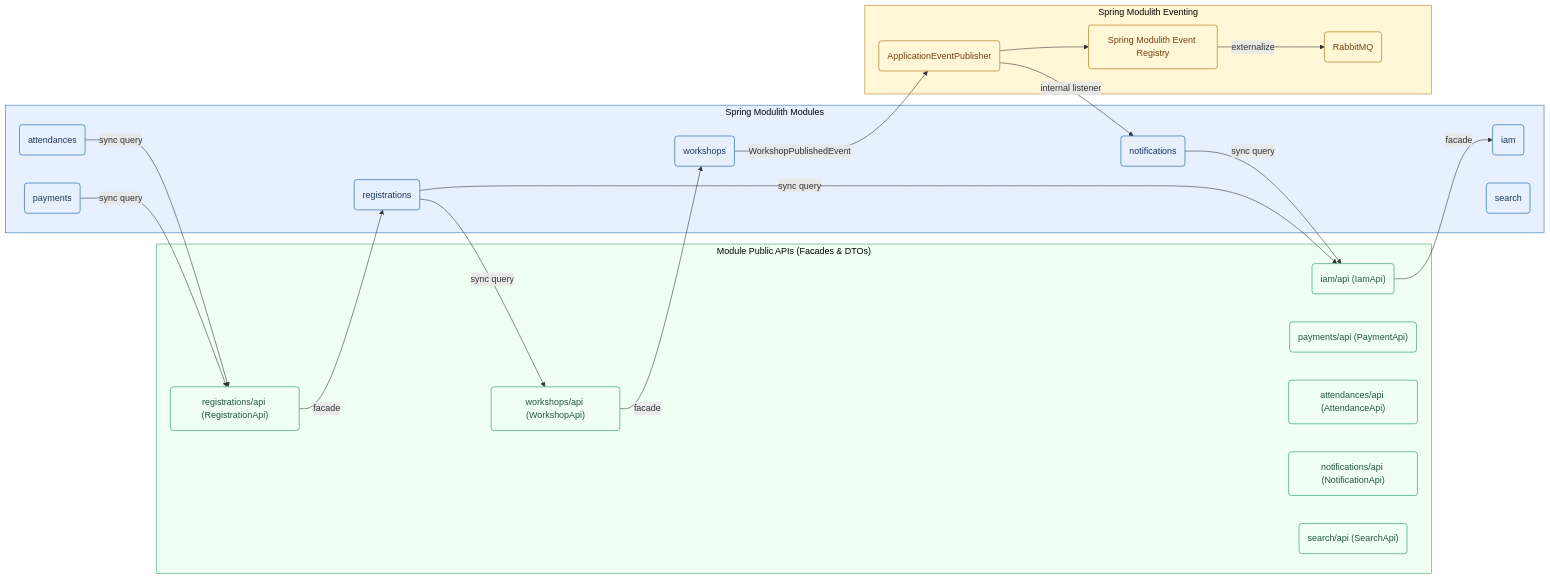
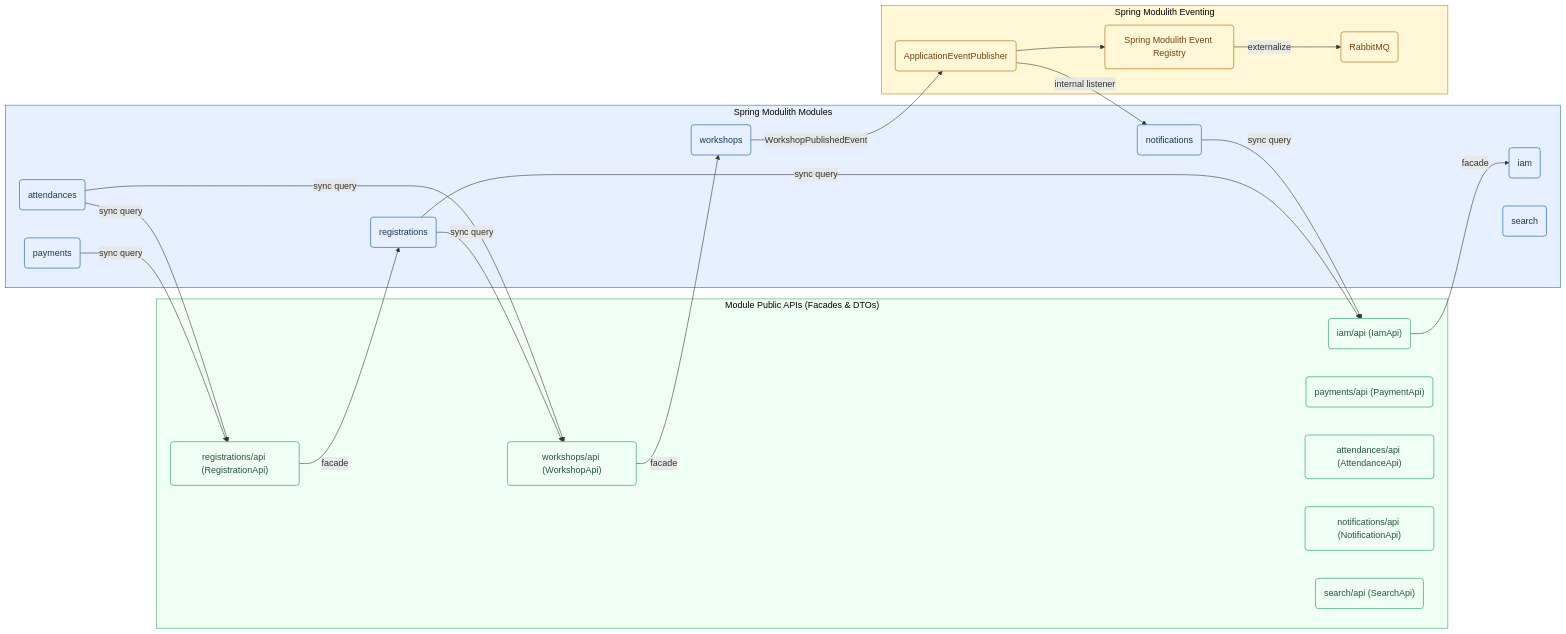
Before and after one commit to phatnguyen975/unihub-workshop: the second of 5 diagrams in docs/project-structure.md, drawn with Mermaid. The commit also changed other lines of this file and 15 other files, not shown here.

````diff
--- a/docs/project-structure.md
+++ b/docs/project-structure.md
@@ -252,51 +252,52 @@
 ```mermaid
 flowchart LR
   subgraph Modules["Spring Modulith Modules"]
     IAM("iam")
     Workshops("workshops")
     Registrations("registrations")
     Payments("payments")
     Attendances("attendances")
     Notifications("notifications")
     Search("search")
   end
   subgraph ModuleApis["Module Public APIs (Facades & DTOs)"]
     IAM_API("iam/api (IamApi)")
     WS_API("workshops/api (WorkshopApi)")
     REG_API("registrations/api (RegistrationApi)")
     PAY_API("payments/api (PaymentApi)")
     ATT_API("attendances/api (AttendanceApi)")
     NOT_API("notifications/api (NotificationApi)")
     SR_API("search/api (SearchApi)")
   end
   subgraph Eventing["Spring Modulith Eventing"]
     Publisher("ApplicationEventPublisher")
     Registry("Spring Modulith Event Registry")
     Broker("RabbitMQ")
   end
 
   Registrations -- sync query --> WS_API
   WS_API -- facade --> Workshops
   Registrations -- sync query --> IAM_API
   Payments -- sync query --> REG_API
   REG_API -- facade --> Registrations
   Attendances -- sync query --> REG_API
+  Attendances -- sync query --> WS_API
   Notifications -- sync query --> IAM_API
   IAM_API -- facade --> IAM
   Workshops -- WorkshopPublishedEvent --> Publisher
   Publisher -- internal listener --> Notifications
   Publisher --> Registry
   Registry -- externalize --> Broker
 
   classDef module fill:#e6f0ff,stroke:#2b6cb0,stroke-width:1.2px,color:#1a365d
   classDef apiSurface fill:#f0fff4,stroke:#38a169,stroke-width:1.2px,color:#22543d
   classDef eventing fill:#fff7d6,stroke:#b7791f,stroke-width:1.2px,color:#744210
 
   class IAM,Workshops,Registrations,Payments,Attendances,Notifications,Search module
   class IAM_API,WS_API,REG_API,PAY_API,ATT_API,NOT_API,SR_API apiSurface
   class Publisher,Registry,Broker eventing
 
   style Modules fill:#e6f0ff,stroke:#2b6cb0,color:#000000
   style ModuleApis fill:#f0fff4,stroke:#38a169,color:#000000
   style Eventing fill:#fff7d6,stroke:#b7791f,color:#000000
 ```
````
